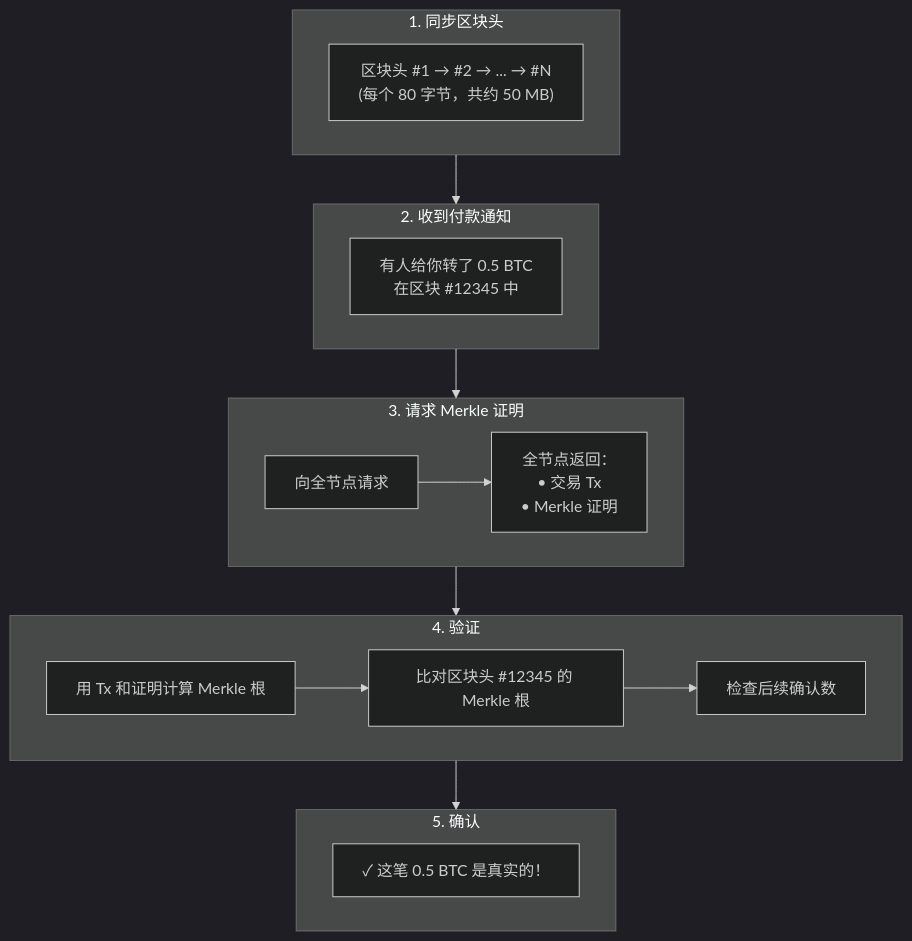
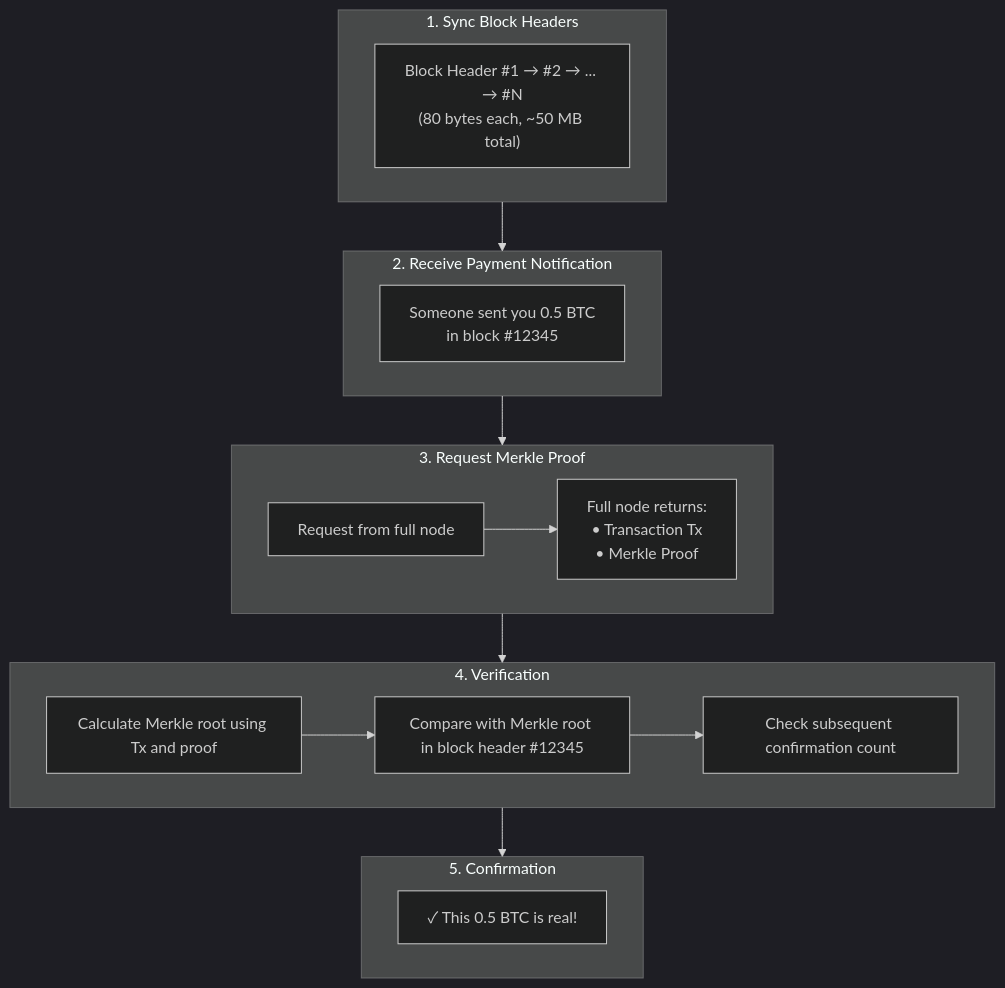
One commit to stars-labs/cryptograph-onboarding-trainning changed the third of 3 diagrams in docs/cryptography/merkle.mdx. Above: the diagram before and after it, drawn with Mermaid (dark theme). The commit also changed other lines of this file and 15 other files, not shown here.

````diff
--- a/docs/cryptography/merkle.mdx
+++ b/docs/cryptography/merkle.mdx
@@ -320,29 +320,29 @@
 ```mermaid
 flowchart TD
-    subgraph STEP1["1. 同步区块头"]
-        HEADERS["区块头 #1 → #2 → ... → #N<br/>(每个 80 字节，共约 50 MB)"]
+    subgraph STEP1["1. Sync Block Headers"]
+        HEADERS["Block Header #1 → #2 → ... → #N<br/>(80 bytes each, ~50 MB total)"]
     end
     
-    subgraph STEP2["2. 收到付款通知"]
-        NOTIFY["有人给你转了 0.5 BTC<br/>在区块 #12345 中"]
+    subgraph STEP2["2. Receive Payment Notification"]
+        NOTIFY["Someone sent you 0.5 BTC<br/>in block #12345"]
     end
     
-    subgraph STEP3["3. 请求 Merkle 证明"]
-        REQUEST["向全节点请求"]
-        RESPONSE["全节点返回：<br/>• 交易 Tx<br/>• Merkle 证明"]
+    subgraph STEP3["3. Request Merkle Proof"]
+        REQUEST["Request from full node"]
+        RESPONSE["Full node returns:<br/>• Transaction Tx<br/>• Merkle Proof"]
         REQUEST --> RESPONSE
     end
     
-    subgraph STEP4["4. 验证"]
-        V1["用 Tx 和证明计算 Merkle 根"]
-        V2["比对区块头 #12345 的 Merkle 根"]
-        V3["检查后续确认数"]
+    subgraph STEP4["4. Verification"]
+        V1["Calculate Merkle root using Tx and proof"]
+        V2["Compare with Merkle root in block header #12345"]
+        V3["Check subsequent confirmation count"]
         V1 --> V2 --> V3
     end
     
-    subgraph STEP5["5. 确认"]
-        OK["✓ 这笔 0.5 BTC 是真实的！"]
+    subgraph STEP5["5. Confirmation"]
+        OK["✓ This 0.5 BTC is real!"]
     end
     
     STEP1 --> STEP2 --> STEP3 --> STEP4 --> STEP5
 ```
````
